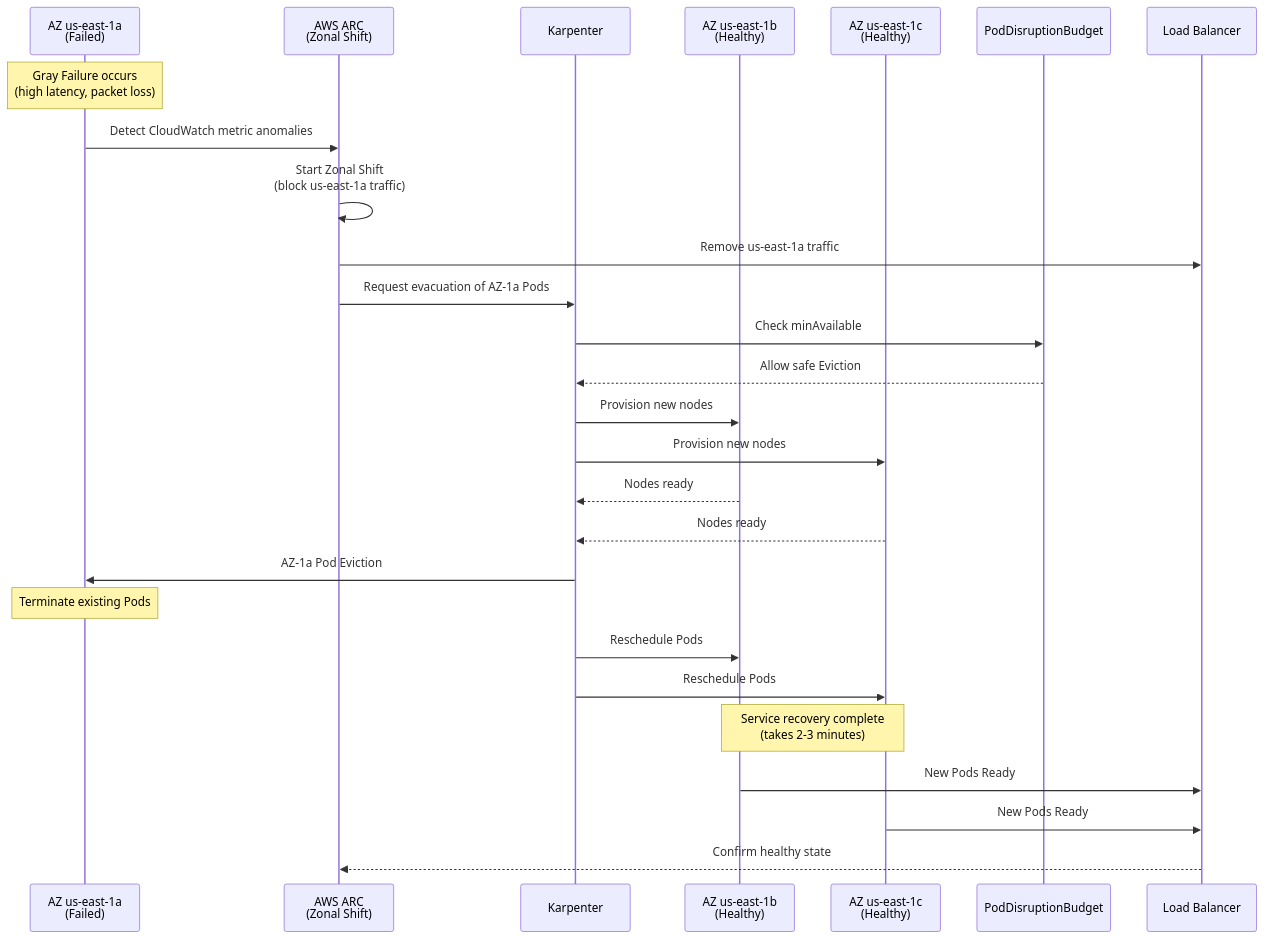
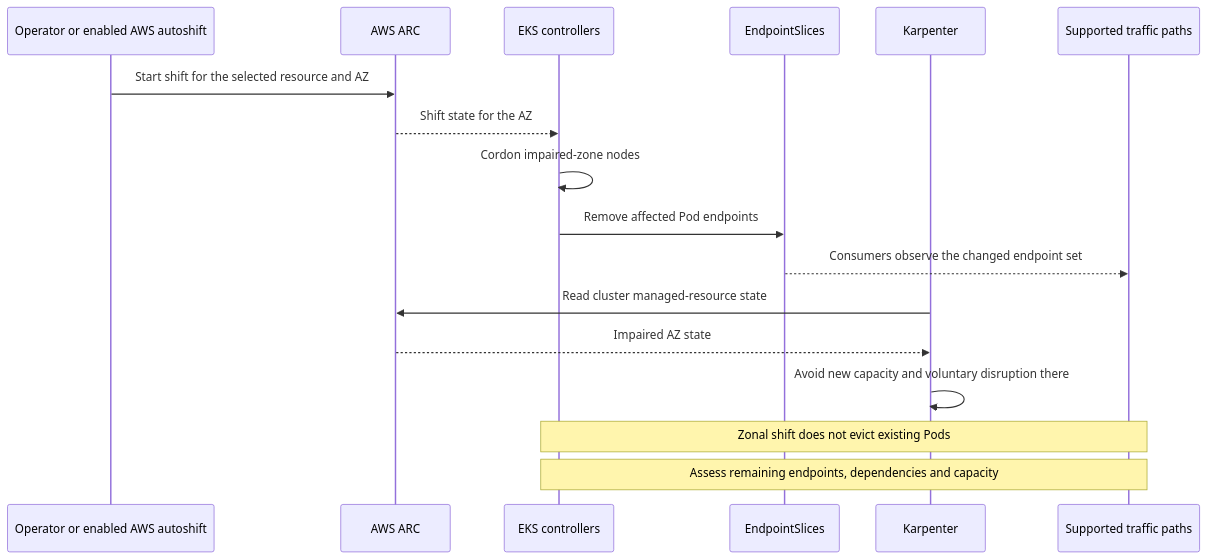
The ninth of 12 diagrams in i18n/en/docusaurus-plugin-content-docs/current/eks-best-practices/operations-reliability/eks-pod-scheduling-availability.md (devfloor9/engineering-playbook), drawn with Mermaid before and after one commit. The commit also changed other lines of this file and 3 other files, not shown here.

````diff
--- a/i18n/en/docusaurus-plugin-content-docs/current/eks-best-practices/operations-reliability/eks-pod-scheduling-availability.md
+++ b/i18n/en/docusaurus-plugin-content-docs/current/eks-best-practices/operations-reliability/eks-pod-scheduling-availability.md
@@ -4253,38 +4263,20 @@
 ```mermaid
 sequenceDiagram
-    participant AZ1 as AZ us-east-1a<br/>(Failed)
-    participant ARC as AWS ARC<br/>(Zonal Shift)
+    participant Trigger as Operator or enabled AWS autoshift
+    participant ARC as AWS ARC
+    participant EKS as EKS controllers
+    participant Endpoints as EndpointSlices
     participant Karpenter
-    participant AZ2 as AZ us-east-1b<br/>(Healthy)
-    participant AZ3 as AZ us-east-1c<br/>(Healthy)
-    participant PDB as PodDisruptionBudget
-    participant LB as Load Balancer
+    participant Clients as Supported traffic paths
 
-    Note over AZ1: Gray Failure occurs<br/>(high latency, packet loss)
-
-    AZ1->>ARC: Detect CloudWatch metric anomalies
-    ARC->>ARC: Start Zonal Shift<br/>(block us-east-1a traffic)
-    ARC->>LB: Remove us-east-1a traffic
-
-    ARC->>Karpenter: Request evacuation of AZ-1a Pods
-    Karpenter->>PDB: Check minAvailable
-    PDB-->>Karpenter: Allow safe Eviction
-
-    Karpenter->>AZ2: Provision new nodes
-    Karpenter->>AZ3: Provision new nodes
-
-    AZ2-->>Karpenter: Nodes ready
-    AZ3-->>Karpenter: Nodes ready
-
-    Karpenter->>AZ1: AZ-1a Pod Eviction
-    Note over AZ1: Terminate existing Pods
-
-    Karpenter->>AZ2: Reschedule Pods
-    Karpenter->>AZ3: Reschedule Pods
-
-    Note over AZ2,AZ3: Service recovery complete<br/>(takes 2-3 minutes)
-
-    AZ2->>LB: New Pods Ready
-    AZ3->>LB: New Pods Ready
-    LB-->>ARC: Confirm healthy state
+    Trigger->>ARC: Start shift for the selected resource and AZ
+    ARC-->>EKS: Shift state for the AZ
+    EKS->>EKS: Cordon impaired-zone nodes
+    EKS->>Endpoints: Remove affected Pod endpoints
+    Endpoints-->>Clients: Consumers observe the changed endpoint set
+    Karpenter->>ARC: Read cluster managed-resource state
+    ARC-->>Karpenter: Impaired AZ state
+    Karpenter->>Karpenter: Avoid new capacity and voluntary disruption there
+    Note over EKS,Clients: Zonal shift does not evict existing Pods
+    Note over EKS,Clients: Assess remaining endpoints, dependencies and capacity
 ```
````
